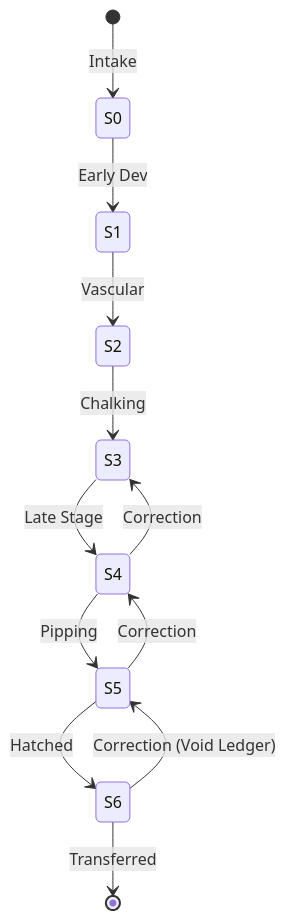
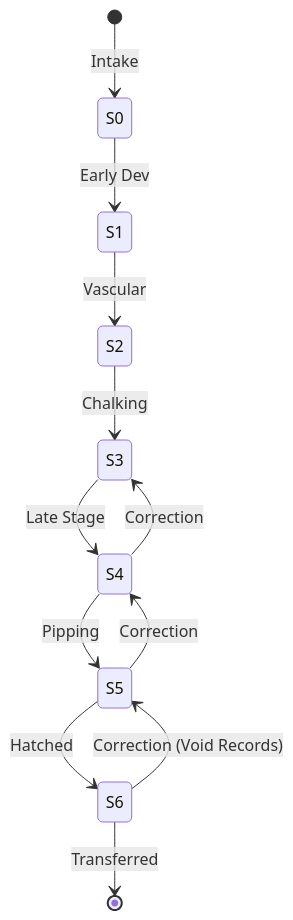
Before and after one commit to khowland/turtle-egg-incubator-vault: the third of 4 diagrams in docs/design/SYSTEM_DESIGN_SPEC.md, drawn with Mermaid. The commit also changed other lines of this file and 8 other files, not shown here.

Commit message:
v8.1.3: Universal Terminology Purge. Replaced Vault/Ledger with Incubator/Records across all docs and UI for volunteer clarity.

````diff
--- a/docs/design/SYSTEM_DESIGN_SPEC.md
+++ b/docs/design/SYSTEM_DESIGN_SPEC.md
@@ -62,15 +62,15 @@
 ```mermaid
 stateDiagram-v2
     [*] --> S0: Intake
     S0 --> S1: Early Dev
     S1 --> S2: Vascular
     S2 --> S3: Chalking
     S3 --> S4: Late Stage
     S4 --> S5: Pipping
     S5 --> S6: Hatched
     S6 --> [*]: Transferred
     
-    S6 --> S5: Correction (Void Ledger)
+    S6 --> S5: Correction (Void Records)
     S5 --> S4: Correction
     S4 --> S3: Correction
 ```
````
